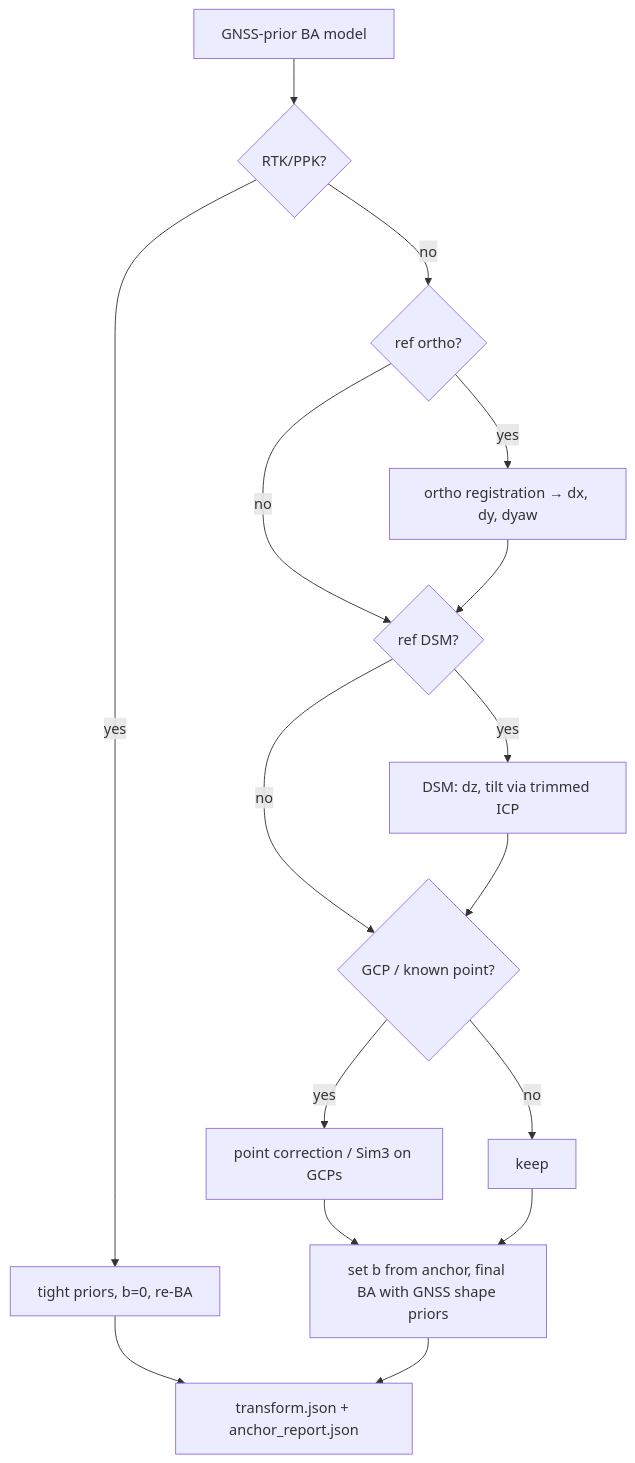
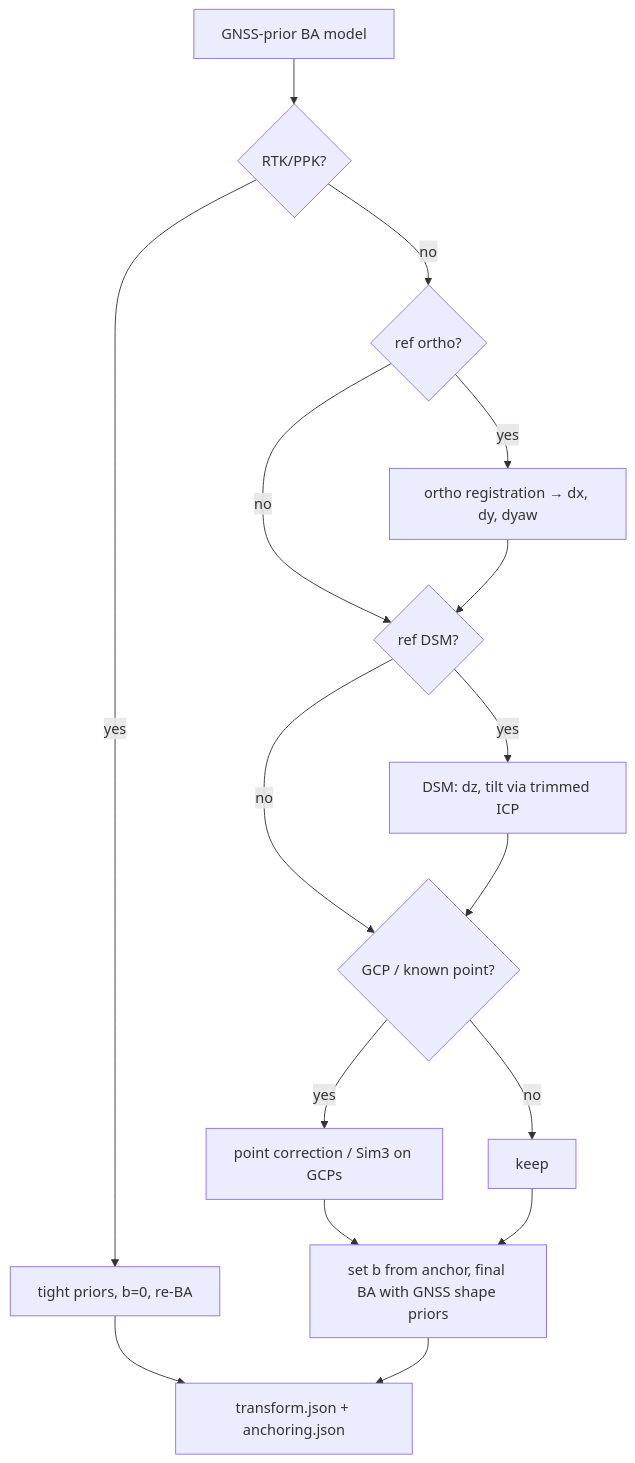
Before and after one commit to vikranthsai310/sih2026-2: the second of 2 diagrams in docs/06-georeferencing-and-accuracy.md, drawn with Mermaid. The commit also changed other lines of this file and 16 other files, not shown here.

````diff
--- a/docs/06-georeferencing-and-accuracy.md
+++ b/docs/06-georeferencing-and-accuracy.md
@@ -405,17 +405,17 @@
 ```mermaid
 flowchart TD
     A[GNSS-prior BA model] --> B{RTK/PPK?}
     B -- yes --> R[tight priors, b=0, re-BA] --> Z
     B -- no --> C{ref ortho?}
     C -- yes --> D[ortho registration → dx, dy, dyaw]
     C -- no --> E
     D --> E{ref DSM?}
     E -- yes --> F[DSM: dz, tilt via trimmed ICP]
     E -- no --> G
     F --> G{GCP / known point?}
     G -- yes --> H[point correction / Sim3 on GCPs]
     G -- no --> I[keep]
     H --> J[set b from anchor, final BA with GNSS shape priors]
     I --> J
-    J --> Z[transform.json + anchor_report.json]
+    J --> Z[transform.json + anchoring.json]
 ```
````
